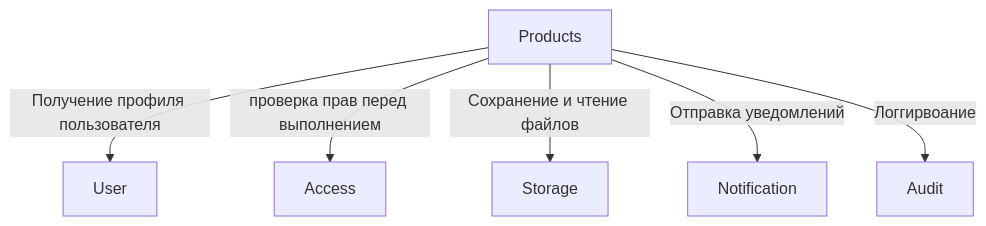
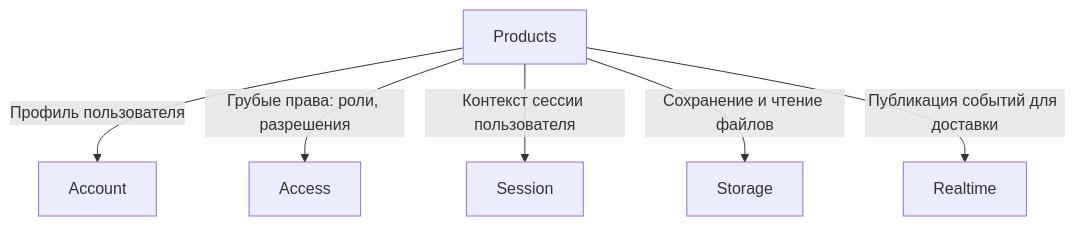
The third of 13 diagrams in task1/schema.md (HotCucumber1/account), drawn with Mermaid before and after one commit. The commit also changed other lines of this file and 1 other file, not shown here.

Commit message:
[schema] Вторая версия схемы

````diff
--- a/task1/schema.md
+++ b/task1/schema.md
@@ -109,14 +277,15 @@
 ```mermaid
 flowchart TB
     P[Products]
-    A[Access]
-    U[User]
-    S[Storage]
-    N[Notification]
-    L[Audit]
-    P -->|Получение профиля пользователя| U
-    P -->|проверка прав перед выполнением| A
-    P -->|Сохранение и чтение файлов| S
-    P -->|Отправка уведомлений| N
-    P -->|Логгирвоание| L
+    A[Account]
+    Z[Access]
+    S[Session]
+    T[Storage]
+    R[Realtime]
+
+    P -->|Профиль пользователя| A
+    P -->|Грубые права: роли, разрешения| Z
+    P -->|Контекст сессии пользователя| S
+    P -->|Сохранение и чтение файлов| T
+    P -->|Публикация событий для доставки| R
 ```
````
